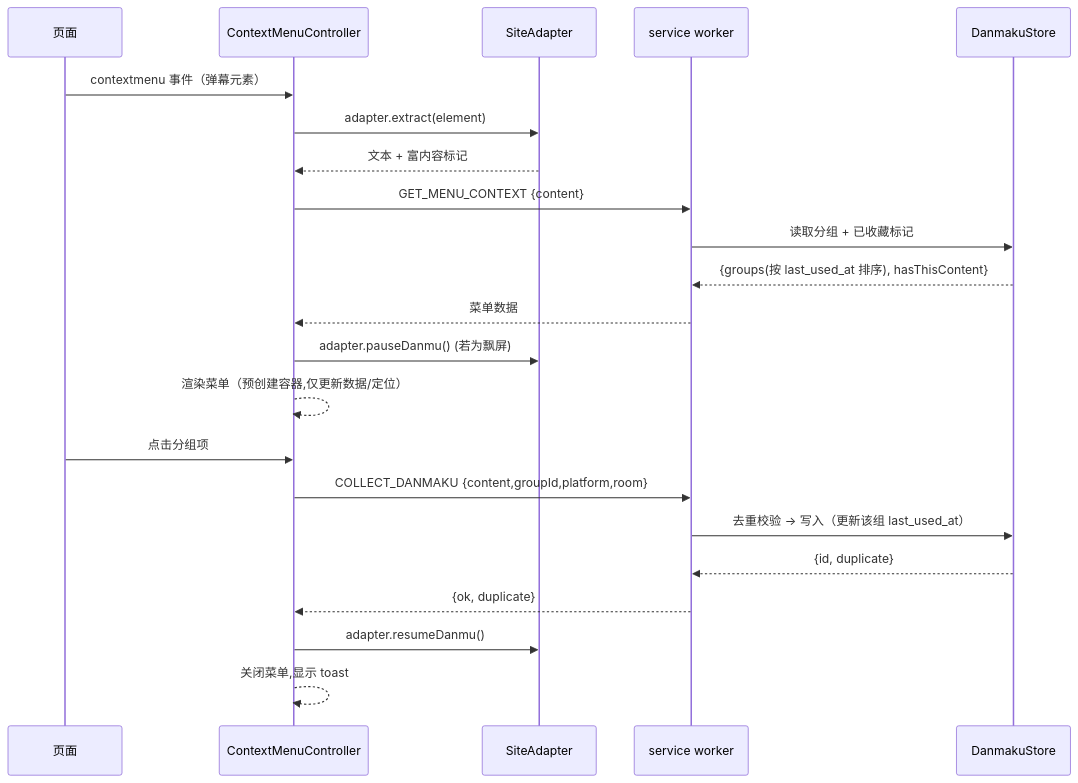
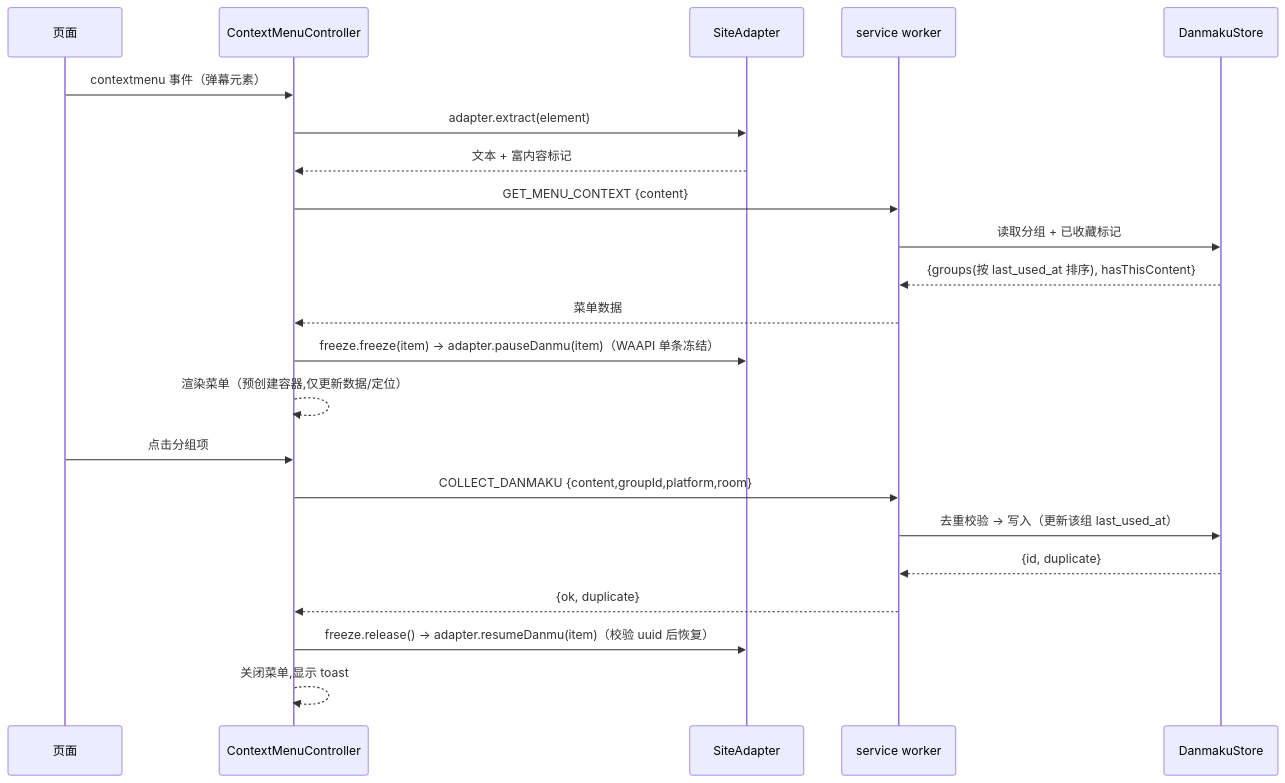
One commit to forzenfox/danmaku-box changed the third of 5 diagrams in docs/product/technical-design.md. Above: the diagram before and after it, drawn with Mermaid. The commit also changed other lines of this file, not shown here.

Commit message:
docs: 技术方案飘屏暂停机制按 WAAPI 实测修正

````diff
--- a/docs/product/technical-design.md
+++ b/docs/product/technical-design.md
@@ -475,25 +475,25 @@
 ```mermaid
 sequenceDiagram
     participant U as 页面
     participant M3 as ContextMenuController
     participant M6 as SiteAdapter
     participant BG as service worker
     participant M2 as DanmakuStore
 
     U->>M3: contextmenu 事件（弹幕元素）
     M3->>M6: adapter.extract(element)
     M6-->>M3: 文本 + 富内容标记
     M3->>BG: GET_MENU_CONTEXT {content}
     BG->>M2: 读取分组 + 已收藏标记
     M2-->>BG: {groups(按 last_used_at 排序), hasThisContent}
     BG-->>M3: 菜单数据
-    M3->>M6: adapter.pauseDanmu()  (若为飘屏)
+    M3->>M6: freeze.freeze(item) → adapter.pauseDanmu(item)（WAAPI 单条冻结）
     M3-->>M3: 渲染菜单（预创建容器,仅更新数据/定位）
     U->>M3: 点击分组项
     M3->>BG: COLLECT_DANMAKU {content,groupId,platform,room}
     BG->>M2: 去重校验 → 写入（更新该组 last_used_at）
     M2-->>BG: {id, duplicate}
     BG-->>M3: {ok, duplicate}
-    M3->>M6: adapter.resumeDanmu()
+    M3->>M6: freeze.release() → adapter.resumeDanmu(item)（校验 uuid 后恢复）
     M3-->>M3: 关闭菜单,显示 toast
 ```
````
